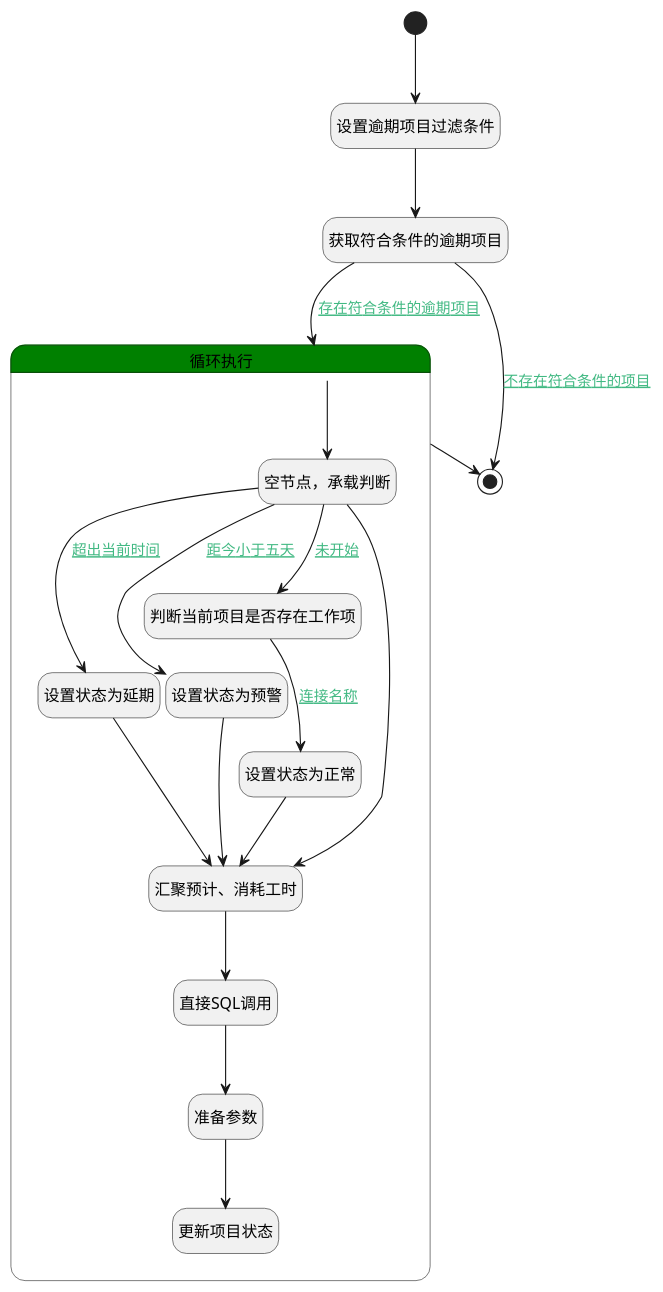
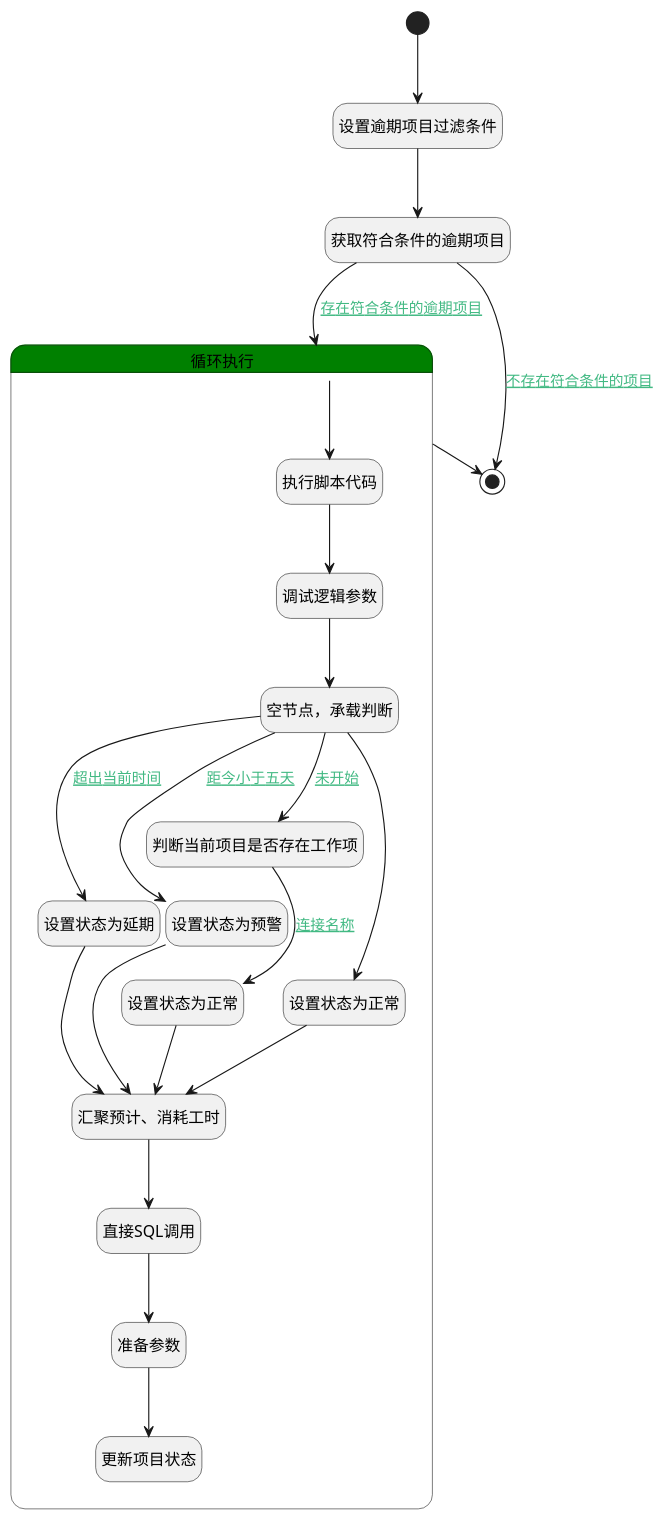
Before and after one commit to iBizLab/plm: the diagram in doc/docsify/module/ProjMgmt/project/logic/project_automatic_change_state.md, drawn with PlantUML. The commit also changed other lines of this file and 862 other files, not shown here.

````diff
--- a/doc/docsify/module/ProjMgmt/project/logic/project_automatic_change_state.md
+++ b/doc/docsify/module/ProjMgmt/project/logic/project_automatic_change_state.md
@@ -8,48 +8,54 @@
 ```plantuml
 @startuml
 hide empty description
 <style>
 root {
   HyperlinkColor #42b983
 }
 </style>
 
 hide empty description
 state "开始" as Begin <<start>> [[$./project_automatic_change_state#begin {"开始"}]]
 state "设置逾期项目过滤条件" as PREPAREPARAM1  [[$./project_automatic_change_state#prepareparam1 {"设置逾期项目过滤条件"}]]
 state "获取符合条件的逾期项目" as DEDATASET1  [[$./project_automatic_change_state#dedataset1 {"获取符合条件的逾期项目"}]]
 state "结束" as END2 <<end>> [[$./project_automatic_change_state#end2 {"结束"}]]
 state "循环执行" as LOOPSUBCALL1  [[$./project_automatic_change_state#loopsubcall1 {"循环执行"}]] #green {
+state "执行脚本代码" as RAWSFCODE1  [[$./project_automatic_change_state#rawsfcode1 {"执行脚本代码"}]]
+state "调试逻辑参数" as DEBUGPARAM1  [[$./project_automatic_change_state#debugparam1 {"调试逻辑参数"}]]
 state "空节点，承载判断" as PREPAREPARAM3  [[$./project_automatic_change_state#prepareparam3 {"空节点，承载判断"}]]
 state "设置状态为延期" as PREPAREPARAM2  [[$./project_automatic_change_state#prepareparam2 {"设置状态为延期"}]]
 state "设置状态为预警" as PREPAREPARAM4  [[$./project_automatic_change_state#prepareparam4 {"设置状态为预警"}]]
 state "判断当前项目是否存在工作项" as RAWSQLCALL1  [[$./project_automatic_change_state#rawsqlcall1 {"判断当前项目是否存在工作项"}]]
 state "设置状态为正常" as PREPAREPARAM5  [[$./project_automatic_change_state#prepareparam5 {"设置状态为正常"}]]
+state "设置状态为正常" as PREPAREPARAM7  [[$./project_automatic_change_state#prepareparam7 {"设置状态为正常"}]]
 state "汇聚预计、消耗工时" as RAWSQLCALL2  [[$./project_automatic_change_state#rawsqlcall2 {"汇聚预计、消耗工时"}]]
 state "直接SQL调用" as RAWSQLCALL3  [[$./project_automatic_change_state#rawsqlcall3 {"直接SQL调用"}]]
 state "准备参数" as PREPAREPARAM6  [[$./project_automatic_change_state#prepareparam6 {"准备参数"}]]
 state "更新项目状态" as DEACTION1  [[$./project_automatic_change_state#deaction1 {"更新项目状态"}]]
 }
 
 
 Begin --> PREPAREPARAM1
 PREPAREPARAM1 --> DEDATASET1
 DEDATASET1 --> LOOPSUBCALL1 : [[$./project_automatic_change_state#dedataset1-loopsubcall1{存在符合条件的逾期项目} 存在符合条件的逾期项目]]
-LOOPSUBCALL1 --> PREPAREPARAM3
+LOOPSUBCALL1 --> RAWSFCODE1
+RAWSFCODE1 --> DEBUGPARAM1
+DEBUGPARAM1 --> PREPAREPARAM3
 PREPAREPARAM3 --> PREPAREPARAM2 : [[$./project_automatic_change_state#prepareparam3-prepareparam2{超出当前时间} 超出当前时间]]
 PREPAREPARAM2 --> RAWSQLCALL2
 RAWSQLCALL2 --> RAWSQLCALL3
 RAWSQLCALL3 --> PREPAREPARAM6
 PREPAREPARAM6 --> DEACTION1
 PREPAREPARAM3 --> PREPAREPARAM4 : [[$./project_automatic_change_state#prepareparam3-prepareparam4{距今小于五天} 距今小于五天]]
 PREPAREPARAM4 --> RAWSQLCALL2
 PREPAREPARAM3 --> RAWSQLCALL1 : [[$./project_automatic_change_state#prepareparam3-rawsqlcall1{未开始} 未开始]]
 RAWSQLCALL1 --> PREPAREPARAM5 : [[$./project_automatic_change_state#rawsqlcall1-prepareparam5{连接名称} 连接名称]]
 PREPAREPARAM5 --> RAWSQLCALL2
-PREPAREPARAM3 --> RAWSQLCALL2
+PREPAREPARAM3 --> PREPAREPARAM7
+PREPAREPARAM7 --> RAWSQLCALL2
 LOOPSUBCALL1 --> END2
 DEDATASET1 --> END2 : [[$./project_automatic_change_state#dedataset1-end2{不存在符合条件的项目} 不存在符合条件的项目]]
 
 
 @enduml
 ```
````
